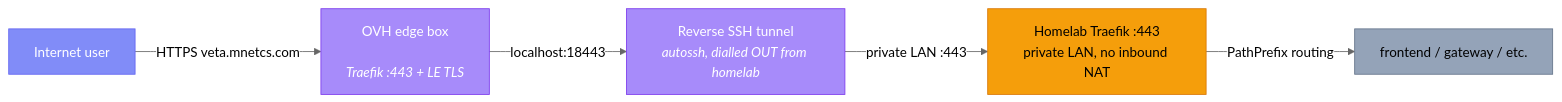
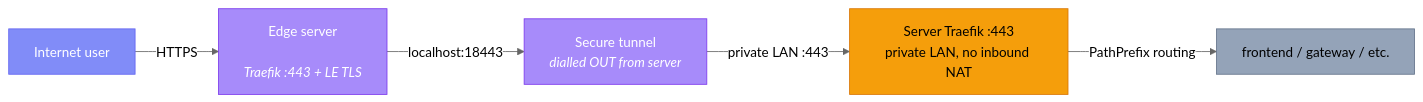
Before and after one commit to milesburton/veta-trading-platform: the first of 8 diagrams in docs/site/src/content/docs/platform/architecture.md, drawn with Mermaid (neutral theme). The commit also changed other lines of this file and 52 other files, not shown here.

````diff
--- a/docs/site/src/content/docs/platform/architecture.md
+++ b/docs/site/src/content/docs/platform/architecture.md
@@ -18,18 +18,18 @@
 ```mermaid
 graph LR
     USER["Internet user"]:::client
-    OVH["OVH edge box<br/><edge-server><br/><i>Traefik :443 + LE TLS</i>"]:::edge
-    TUNNEL["Reverse SSH tunnel<br/><i>autossh, dialled OUT from homelab</i>"]:::edge
-    HL["Homelab Traefik :443<br/>private LAN, no inbound NAT"]:::gateway
+    EDGE["Edge server<br/><edge-server><br/><i>Traefik :443 + LE TLS</i>"]:::edge
+    TUNNEL["Secure tunnel<br/><i>dialled OUT from server</i>"]:::edge
+    HL["Server Traefik :443<br/>private LAN, no inbound NAT"]:::gateway
     SVC["frontend / gateway / etc."]:::support
 
-    USER -->|"HTTPS veta.mnetcs.com"| OVH
-    OVH -->|"localhost:18443"| TUNNEL
+    USER -->|"HTTPS"| EDGE
+    EDGE -->|"localhost:18443"| TUNNEL
     TUNNEL -->|"private LAN :443"| HL
     HL -->|"PathPrefix routing"| SVC
 
     classDef client fill:#818cf8,stroke:#6366f1,color:#fff
     classDef edge fill:#a78bfa,stroke:#7c3aed,color:#fff
     classDef gateway fill:#f59e0b,stroke:#d97706,color:#000
     classDef support fill:#94a3b8,stroke:#64748b,color:#000
 ```
````
